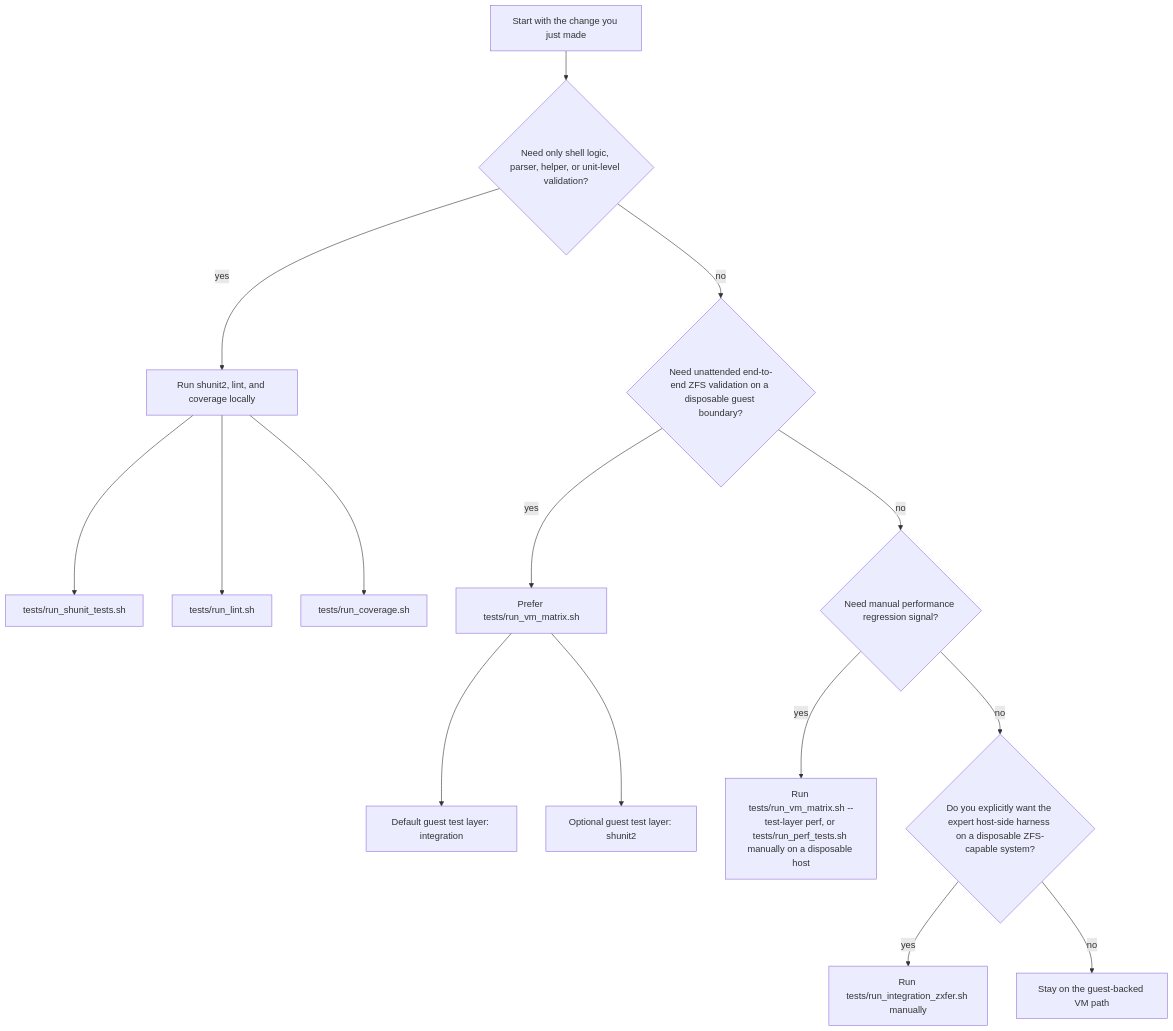
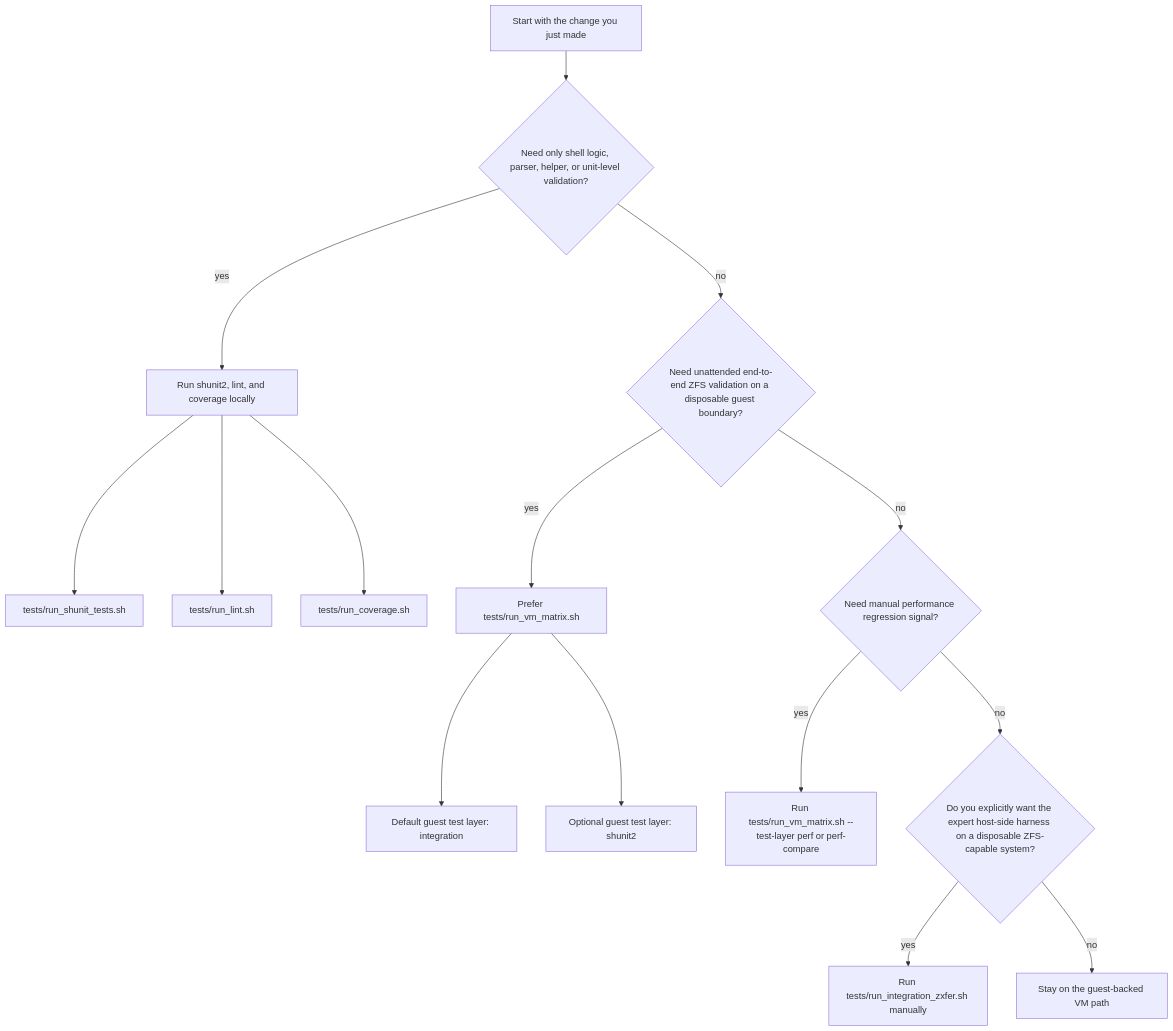
Before and after one commit to totalAldo/zxfer: the first of 2 diagrams in docs/testing.md, drawn with Mermaid. The commit also changed other lines of this file and 107 other files, not shown here.

````diff
--- a/docs/testing.md
+++ b/docs/testing.md
@@ -36,17 +39,17 @@
 ```mermaid
 flowchart TD
     A["Start with the change you just made"] --> B{"Need only shell logic, parser, helper, or unit-level validation?"}
     B -->|yes| C["Run shunit2, lint, and coverage locally"]
     C --> D["tests/run_shunit_tests.sh"]
     C --> E["tests/run_lint.sh"]
     C --> F["tests/run_coverage.sh"]
     B -->|no| G{"Need unattended end-to-end ZFS validation on a disposable guest boundary?"}
     G -->|yes| H["Prefer tests/run_vm_matrix.sh"]
     H --> I["Default guest test layer: integration"]
     H --> J["Optional guest test layer: shunit2"]
     G -->|no| N{"Need manual performance regression signal?"}
-    N -->|yes| O["Run tests/run_vm_matrix.sh --test-layer perf, or tests/run_perf_tests.sh manually on a disposable host"]
+    N -->|yes| O["Run tests/run_vm_matrix.sh --test-layer perf or perf-compare"]
     N -->|no| K{"Do you explicitly want the expert host-side harness on a disposable ZFS-capable system?"}
     K -->|yes| L["Run tests/run_integration_zxfer.sh manually"]
     K -->|no| M["Stay on the guest-backed VM path"]
 ```
````
